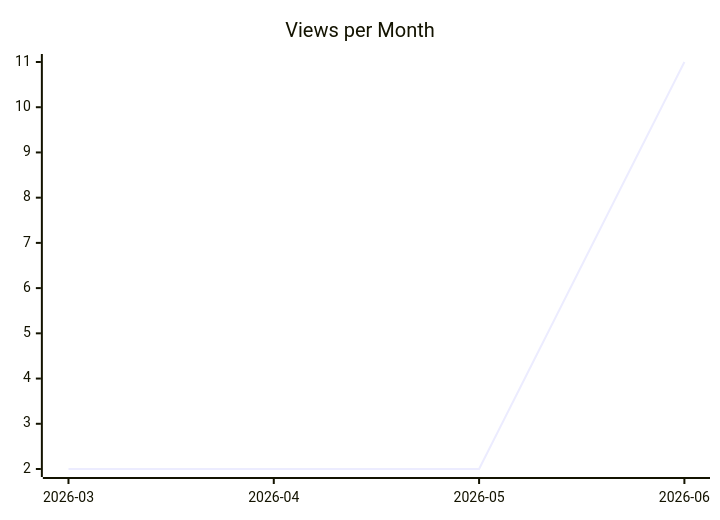
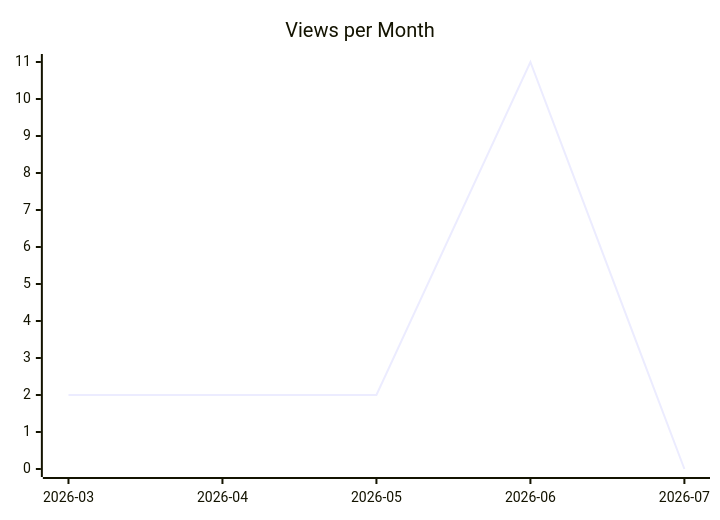
One commit to justdavis-family/github-analytics-data changed the second of 3 diagrams in karlmdavis/ansible-role-jenkins2/README.md. Above: the diagram before and after it, drawn with Mermaid. The commit also changed other lines of this file and 199 other files, not shown here.

````diff
--- a/karlmdavis/ansible-role-jenkins2/README.md
+++ b/karlmdavis/ansible-role-jenkins2/README.md
@@ -12,6 +12,6 @@
 ```mermaid
 xychart-beta
   title "Views per Month"
-  x-axis ["2026-03", "2026-04", "2026-05", "2026-06"]
-  line [2, 2, 2, 11]
+  x-axis ["2026-03", "2026-04", "2026-05", "2026-06", "2026-07"]
+  line [2, 2, 2, 11, 0]
 ```
````
